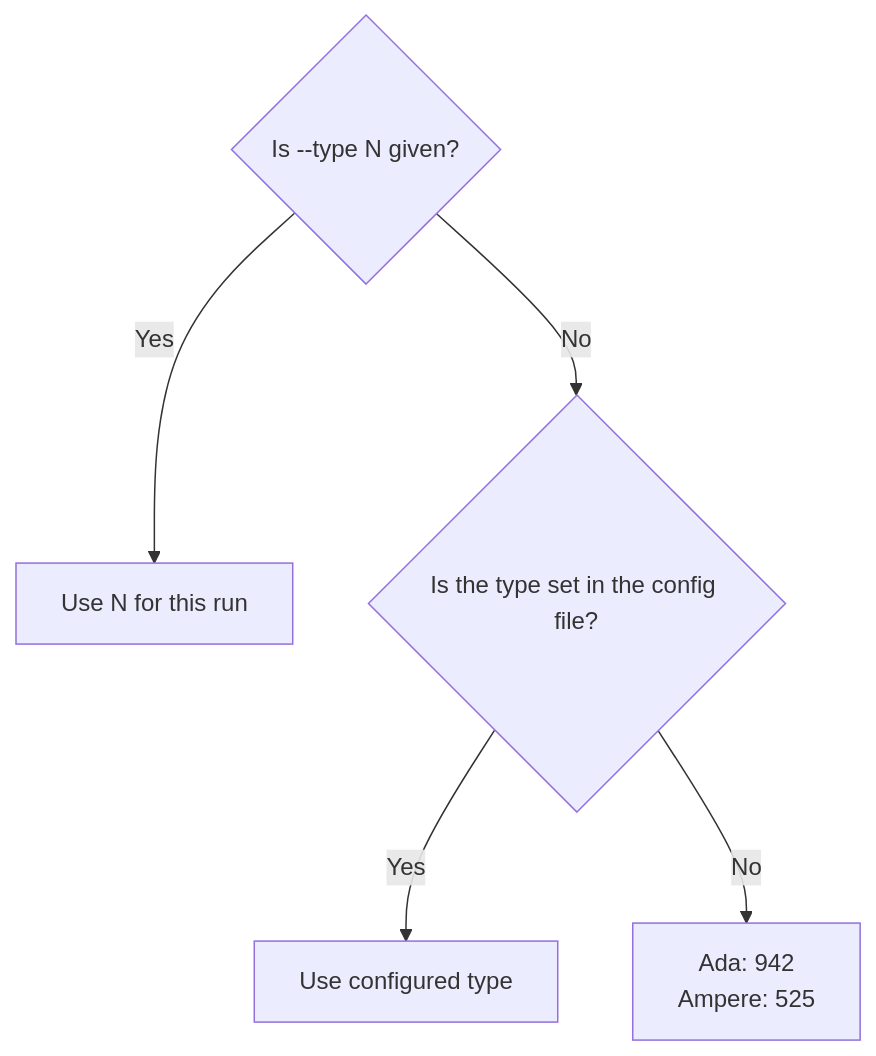
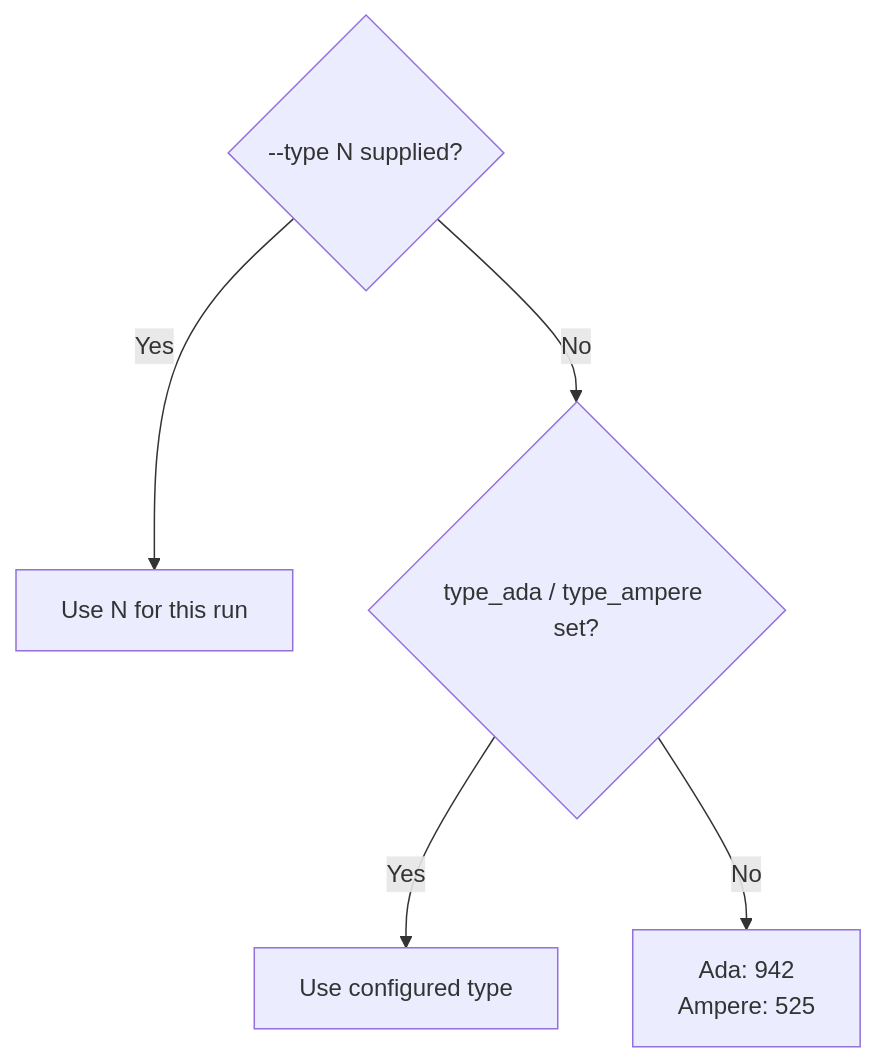
The first of 3 diagrams in docs/configuration.md (noon-at-cgn/geforce-sriov), drawn with Mermaid before and after one commit. The commit also changed other lines of this file and 86 other files, not shown here.

````diff
--- a/docs/configuration.md
+++ b/docs/configuration.md
@@ -74,7 +61,7 @@
 ```mermaid
 flowchart TD
-    option{"Is --type N given?"} -->|Yes| cli["Use N for this run"]
-    option -->|No| config{"Is the type set in the config file?"}
+    option{"--type N supplied?"} -->|Yes| cli["Use N for this run"]
+    option -->|No| config{"type_ada / type_ampere set?"}
     config -->|Yes| saved["Use configured type"]
     config -->|No| defaults["Ada: 942<br/>Ampere: 525"]
 ```
````
